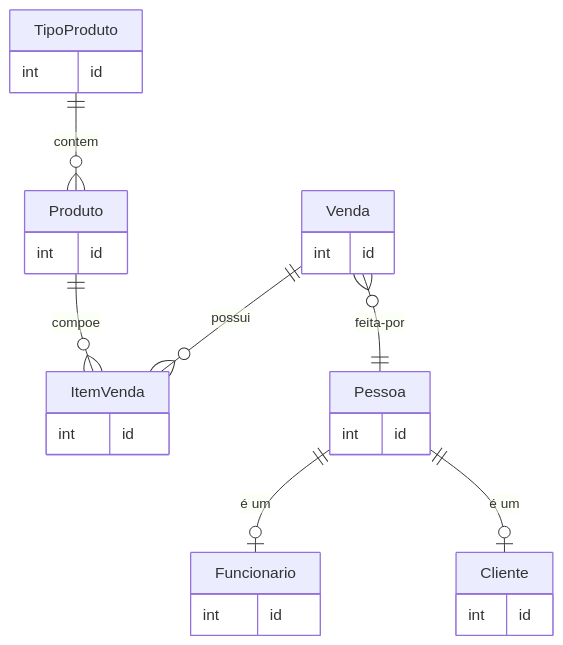
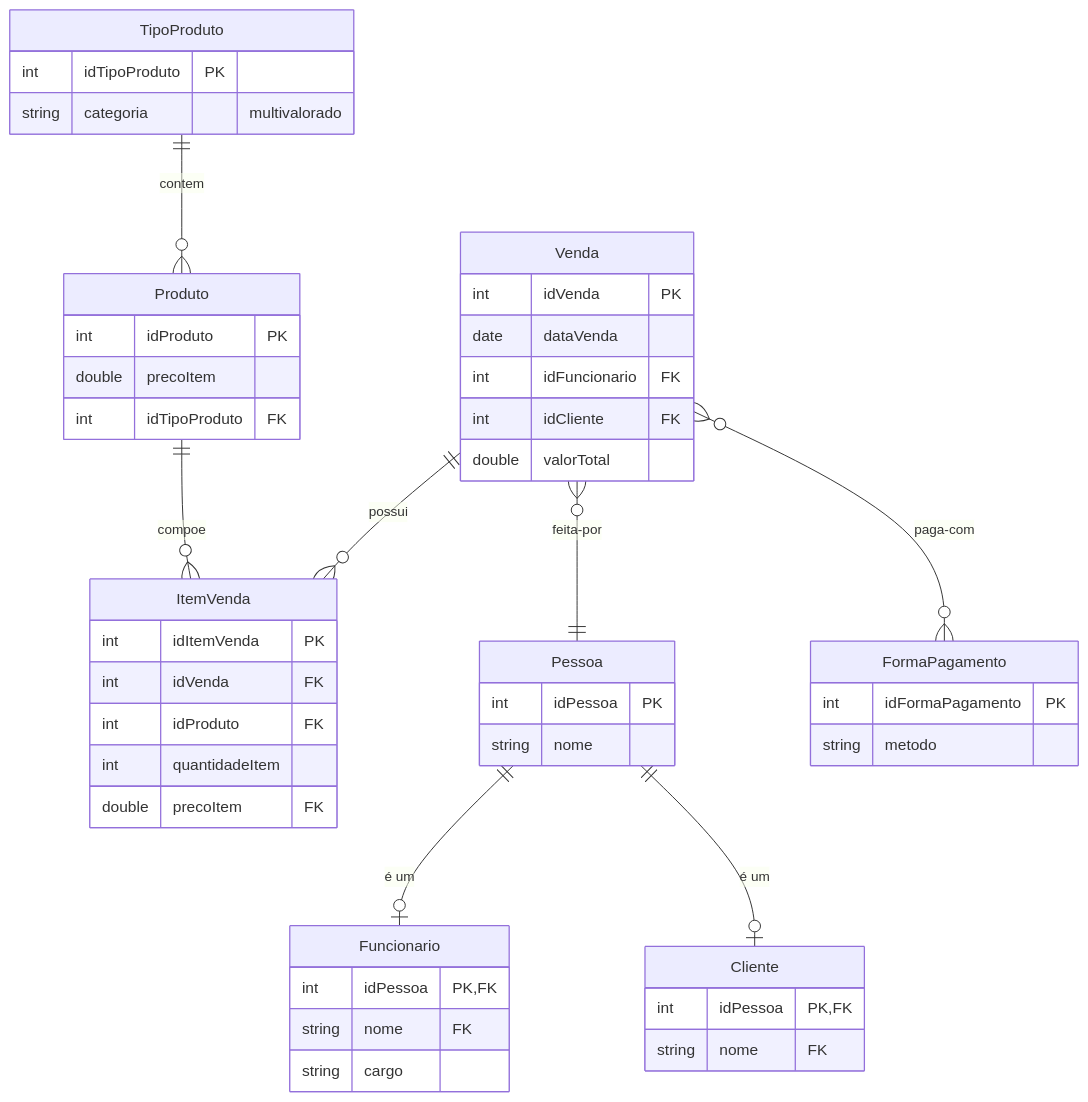
The diagram in README.md (mateusraffaelli/Projeto-Final-de-Banco-de-Dados), drawn with Mermaid before and after one commit. The commit also changed other lines of this file, not shown here.

Commit message:
docs: adicionando regras de negócio e atributos nas entidades

````diff
--- a/README.md
+++ b/README.md
@@ -12,40 +23,61 @@
 ```mermaid
 erDiagram
     TipoProduto ||--o{ Produto : "contem"
     Produto ||--o{ ItemVenda : "compoe"
     Venda ||--o{ ItemVenda : "possui"
     Venda }o--|| Pessoa : "feita-por"
+    Venda }o--o{ FormaPagamento : "paga-com"
     
 
     %% Especialização
     Pessoa ||--o| Funcionario : "é um"
     Pessoa ||--o| Cliente : "é um"
 
     Produto {
-        int id
+        int idProduto PK
+        double precoItem
+        int idTipoProduto FK
     }
 
     TipoProduto {
-        int id
+        int idTipoProduto PK
+        string categoria "multivalorado"
     }
 
     Venda {
-        int id
+        int idVenda PK
+        date dataVenda
+        int idFuncionario FK
+        int idCliente FK
+        double valorTotal
+    }
+
+    FormaPagamento {
+        int idFormaPagamento PK
+        string metodo
     }
 
     ItemVenda {
-        int id
+        int idItemVenda PK
+        int idVenda FK
+        int idProduto FK
+        int quantidadeItem
+        double precoItem FK 
     }
     
     Pessoa {
-        int id
+        int idPessoa PK
+        string nome
     }
 
     Funcionario {
-        int id
+        int idPessoa PK, FK
+        string nome FK
+        string cargo
     }
 
     Cliente {
-        int id
+        int idPessoa PK, FK
+        string nome FK
     }
 ```
````
